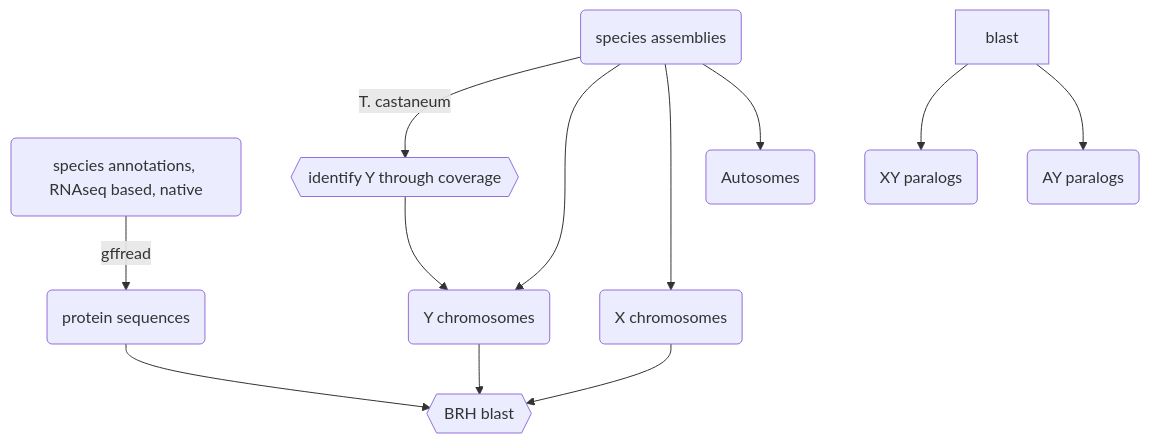
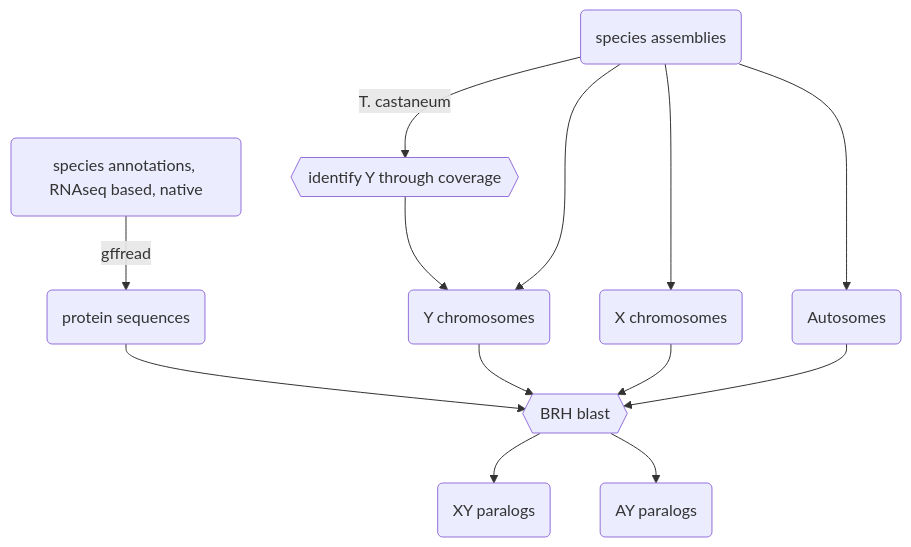
The diagram in README.md (milena-t/PhD_chapter2), drawn with Mermaid before and after one commit.

````diff
--- a/README.md
+++ b/README.md
@@ -9,19 +9,20 @@
 ```mermaid
 graph TD;
     species_Ass(species assemblies);
     species_Ann(species annotations, RNAseq based, native);
     species_Ass -- T. castaneum --> Tcas_Y_chr{{identify Y through coverage}};
     Tcas_Y_chr --> all_Y(Y chromosomes);
     species_Ass --> all_Y;
     species_Ass --> all_X(X chromosomes);
     species_Ass --> all_A(Autosomes);
 
     species_Ann -- gffread --> proteins(protein sequences);
-    proteins --> blast_gametologs{{BRH blast}};
+    proteins --> blast{{BRH blast}};
 
-    all_Y --> blast_gametologs;
-    all_X --> blast_gametologs;
+    all_Y --> blast;
+    all_X --> blast;
+    all_A --> blast;
     blast --> xy(XY paralogs);
     blast --> ay(AY paralogs);
 
 ```   
````
